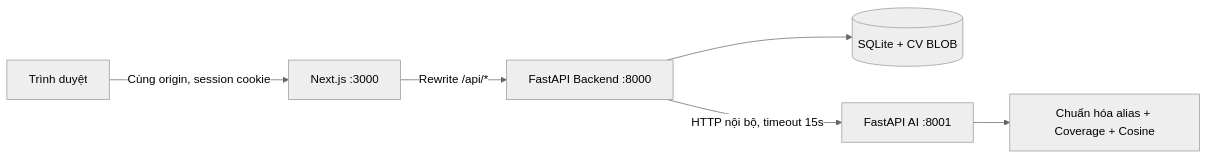
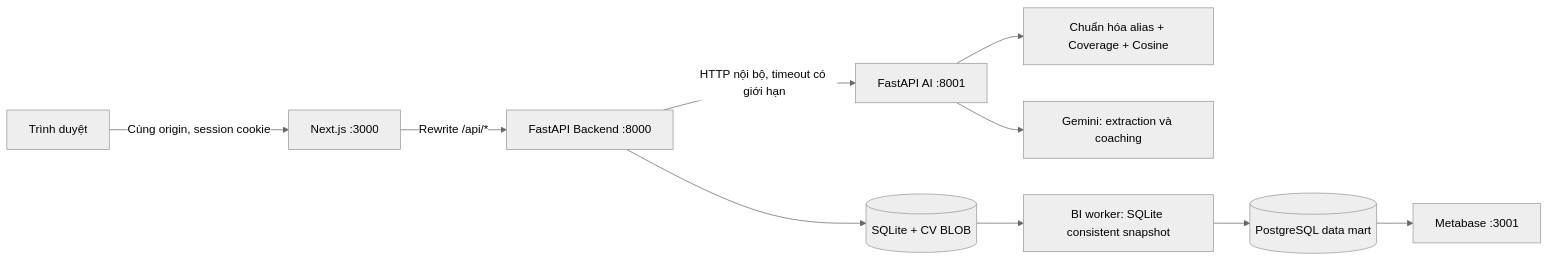
The first of 2 diagrams in docs/guides/architecture.md (codecuatai/smart_job_searching), drawn with Mermaid (neutral theme) before and after one commit. The commit also changed other lines of this file and 87 other files, not shown here.

````diff
--- a/docs/guides/architecture.md
+++ b/docs/guides/architecture.md
@@ -7,8 +7,12 @@
 ```mermaid
 flowchart LR
     U[Trình duyệt] -->|Cùng origin, session cookie| FE[Next.js :3000]
     FE -->|Rewrite /api/*| BE[FastAPI Backend :8000]
     BE --> DB[(SQLite + CV BLOB)]
-    BE -->|HTTP nội bộ, timeout 15s| AI[FastAPI AI :8001]
+    BE -->|HTTP nội bộ, timeout có giới hạn| AI[FastAPI AI :8001]
     AI --> NLP[Chuẩn hóa alias + Coverage + Cosine]
+    AI --> GEM[Gemini: extraction và coaching]
+    DB --> ETL[BI worker: SQLite consistent snapshot]
+    ETL --> PG[(PostgreSQL data mart)]
+    PG --> MB[Metabase :3001]
 ```
````
